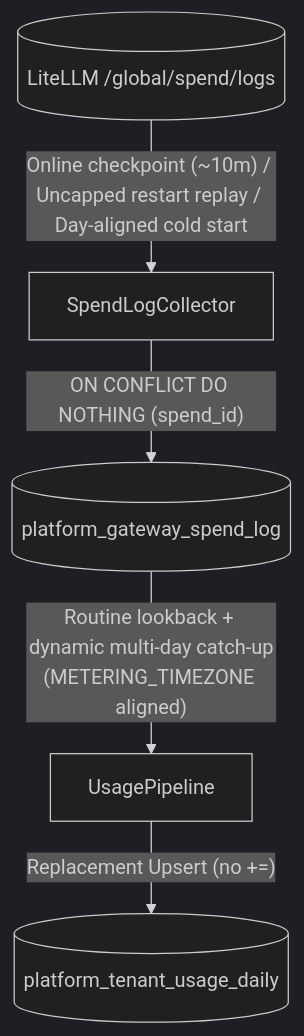
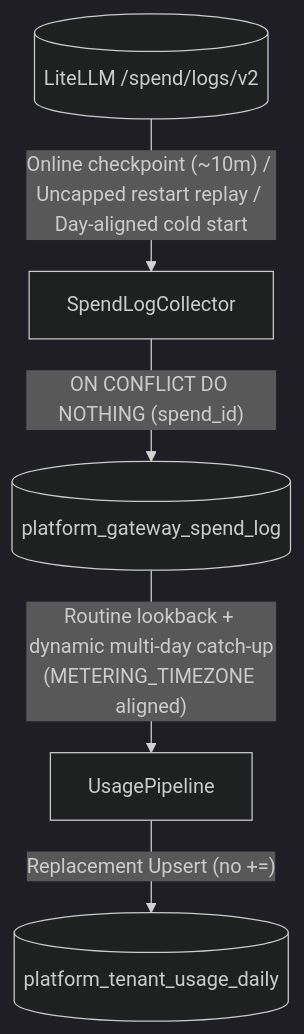
Before and after one commit to Sanderhoff-alt/oh-my-ragflow: the third of 3 diagrams in extensions/model-platform/implementation-plan.md, drawn with Mermaid (dark theme). The commit also changed other lines of this file and 15 other files, not shown here.

````diff
--- a/extensions/model-platform/implementation-plan.md
+++ b/extensions/model-platform/implementation-plan.md
@@ -363,7 +363,7 @@
 ```mermaid
 flowchart TD
-    LiteLLM[("LiteLLM /global/spend/logs")] -->|"Online checkpoint (~10m) / Uncapped restart replay / Day-aligned cold start"| Collector["SpendLogCollector"]
+    LiteLLM[("LiteLLM /spend/logs/v2")] -->|"Online checkpoint (~10m) / Uncapped restart replay / Day-aligned cold start"| Collector["SpendLogCollector"]
     Collector -->|"ON CONFLICT DO NOTHING (spend_id)"| Staging[("platform_gateway_spend_log")]
     Staging -->|"Routine lookback + dynamic multi-day catch-up<br/>(METERING_TIMEZONE aligned)"| Pipeline["UsagePipeline"]
     Pipeline -->|"Replacement Upsert (no +=)"| Daily[("platform_tenant_usage_daily")]
 ```
````
